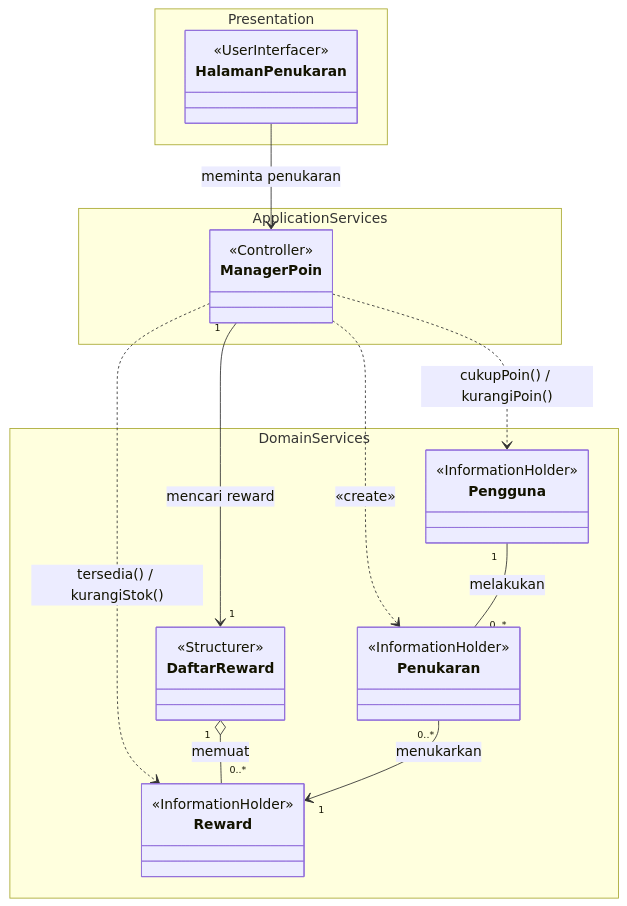
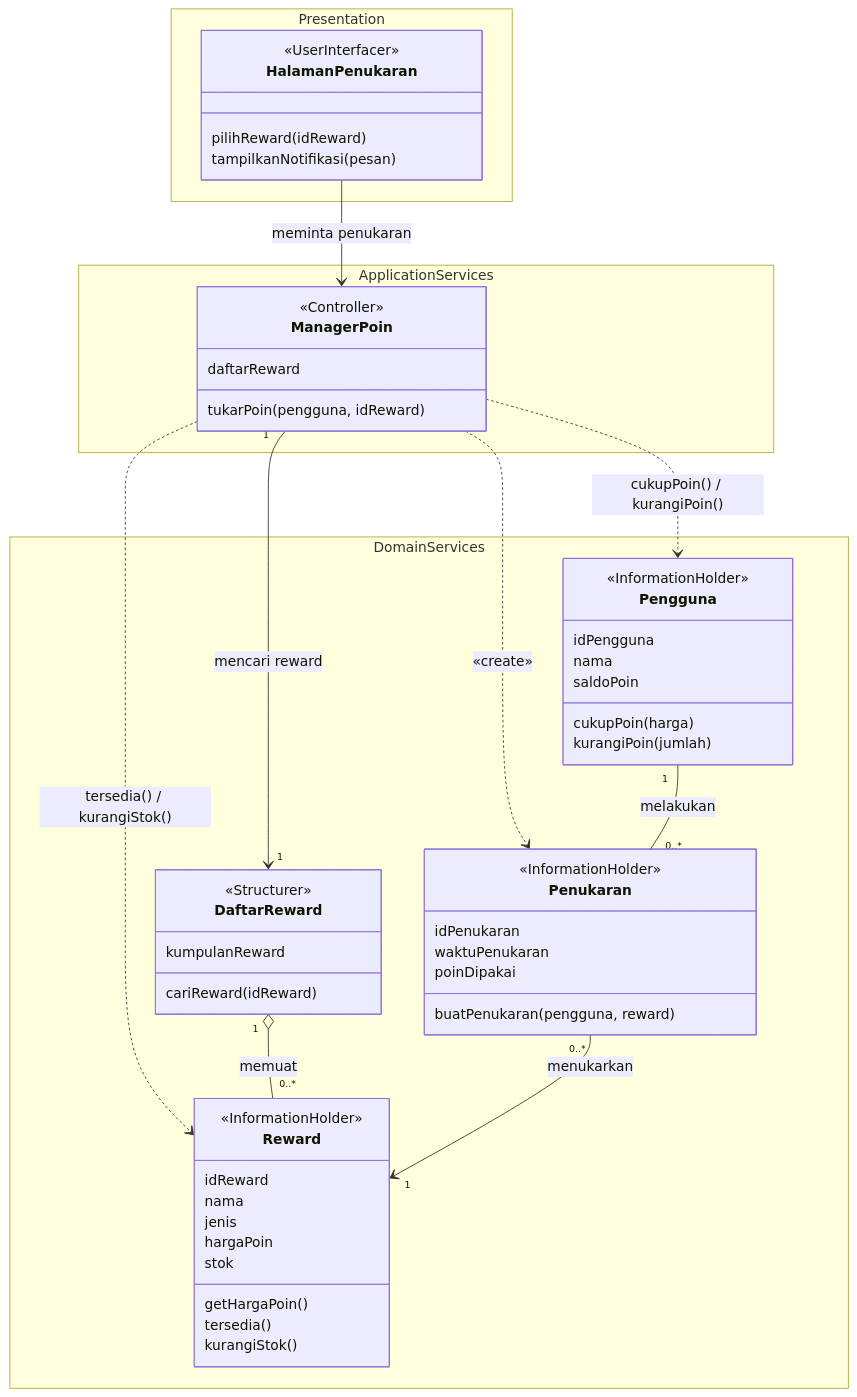
Before and after one commit to star-scripter/IF2150-RPL-K03-G02: the ninth of 10 diagrams in docs/M4/K03_G02_CD.md, drawn with Mermaid. The commit also changed other lines of this file, not shown here.

Commit message:
docs: penyesuaian (final) + diagram keseluruhan

````diff
--- a/docs/M4/K03_G02_CD.md
+++ b/docs/M4/K03_G02_CD.md
@@ -795,33 +819,62 @@
 ```mermaid
 classDiagram
     direction TB
 
     namespace Presentation {
-        class HalamanPenukaran
+        class HalamanPenukaran {
+            pilihReward(idReward)
+            tampilkanNotifikasi(pesan)
+        }
     }
     namespace ApplicationServices {
-        class ManagerPoin
+        class ManagerPoin {
+            daftarReward
+            tukarPoin(pengguna, idReward)
+        }
     }
     namespace DomainServices {
-        class Pengguna
-        class DaftarReward
-        class Reward
-        class Penukaran
+        class Pengguna {
+            idPengguna
+            nama
+            saldoPoin
+            cukupPoin(harga)
+            kurangiPoin(jumlah)
+        }
+        class DaftarReward {
+            kumpulanReward
+            cariReward(idReward)
+        }
+        class Reward {
+            idReward
+            nama
+            jenis
+            hargaPoin
+            stok
+            getHargaPoin()
+            tersedia()
+            kurangiStok()
+        }
+        class Penukaran {
+            idPenukaran
+            waktuPenukaran
+            poinDipakai
+            buatPenukaran(pengguna, reward)
+        }
     }
 
     <<UserInterfacer>> HalamanPenukaran
     <<Controller>> ManagerPoin
     <<InformationHolder>> Pengguna
     <<Structurer>> DaftarReward
     <<InformationHolder>> Reward
     <<InformationHolder>> Penukaran
 
     HalamanPenukaran --> ManagerPoin : meminta penukaran
     ManagerPoin "1" --> "1" DaftarReward : mencari reward
     ManagerPoin ..> Pengguna : cukupPoin() / kurangiPoin()
     ManagerPoin ..> Reward : tersedia() / kurangiStok()
     ManagerPoin ..> Penukaran : «create»
     DaftarReward "1" o-- "0..*" Reward : memuat
     Pengguna "1" -- "0..*" Penukaran : melakukan
     Penukaran "0..*" --> "1" Reward : menukarkan
 ```
````
